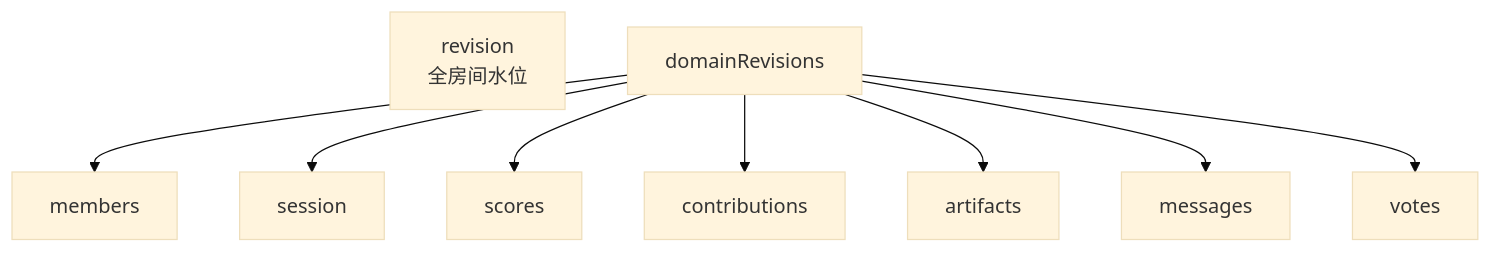
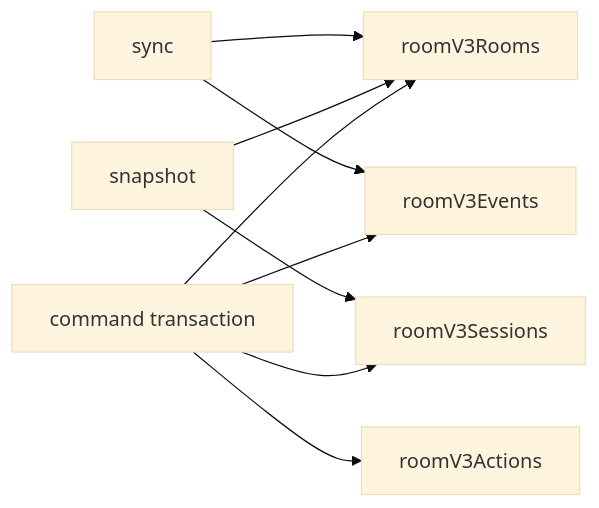
Before and after one commit to Bubble-419/cardboard-miniprogram: the ninth of 11 diagrams in docs/ROOM_MODEL_STATE.md, drawn with Mermaid (base theme). The commit also changed other lines of this file and 26 other files, not shown here.

````diff
--- a/docs/ROOM_MODEL_STATE.md
+++ b/docs/ROOM_MODEL_STATE.md
@@ -425,12 +359,11 @@
 ```mermaid
-flowchart TB
-  GR[revision<br/>全房间水位]
-  DR[domainRevisions]
-  DR --> M[members]
-  DR --> S[session]
-  DR --> SC[scores]
-  DR --> C[contributions]
-  DR --> A[artifacts]
-  DR --> MSG[messages]
-  DR --> V[votes]
+flowchart LR
+  SYNC[sync] --> R[roomV3Rooms]
+  SYNC --> E[roomV3Events]
+  SNAPSHOT[snapshot] --> R
+  SNAPSHOT --> S[roomV3Sessions]
+  COMMAND[command transaction] --> R
+  COMMAND --> S
+  COMMAND --> E
+  COMMAND --> A[roomV3Actions]
 ```
````
